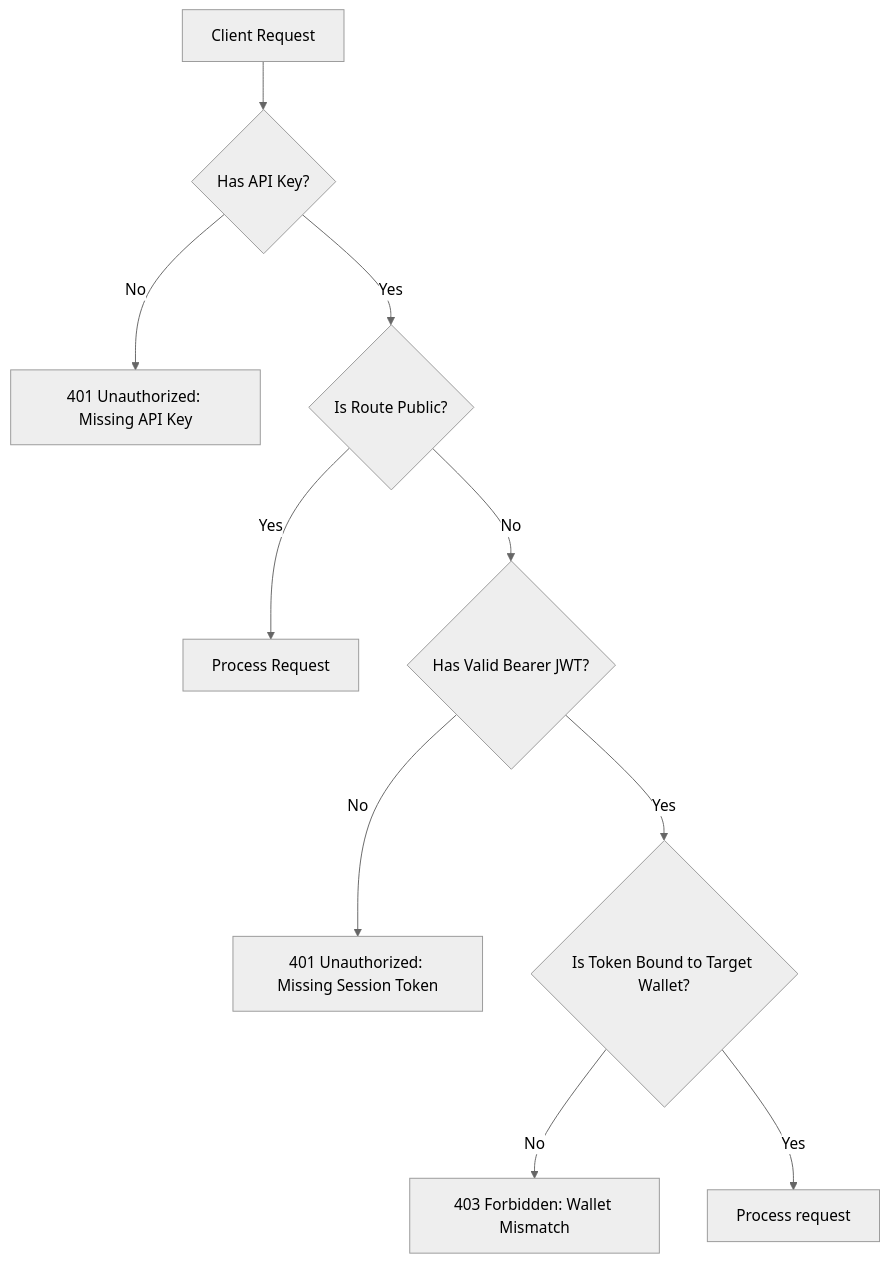
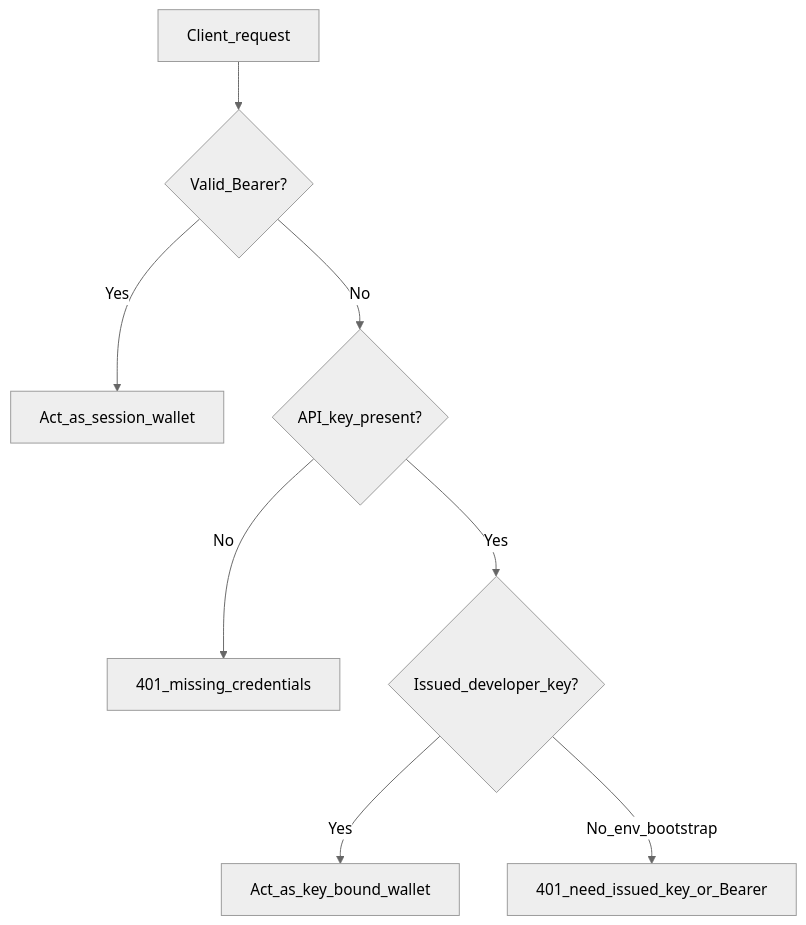
One commit to buildaureon/aureon-sdk changed the first of 2 diagrams in docs/auth.md. Above: the diagram before and after it, drawn with Mermaid (neutral theme). The commit also changed other lines of this file, not shown here.

Commit message:
docs: trim auth reference and tighten session lifecycle coverage

````diff
--- a/docs/auth.md
+++ b/docs/auth.md
@@ -11,12 +11,10 @@
 ```mermaid
 graph TD
-  Request[Client Request] --> KeyCheck{Has API Key?}
-  KeyCheck -->|No| Reject1[401 Unauthorized: Missing API Key]
-  KeyCheck -->|Yes| RouteCheck{Is Route Public?}
-  RouteCheck -->|Yes| Allow[Process Request]
-  RouteCheck -->|No| BearerCheck{Has Valid Bearer JWT?}
-  BearerCheck -->|No| Reject2[401 Unauthorized: Missing Session Token]
-  BearerCheck -->|Yes| ScopeCheck{Is Token Bound to Target Wallet?}
-  ScopeCheck -->|No| Reject3[403 Forbidden: Wallet Mismatch]
-  ScopeCheck -->|Yes| Process[Process request]
+  Request[Client_request] --> BearerCheck{Valid_Bearer?}
+  BearerCheck -->|Yes| Process[Act_as_session_wallet]
+  BearerCheck -->|No| KeyCheck{API_key_present?}
+  KeyCheck -->|No| Reject1[401_missing_credentials]
+  KeyCheck -->|Yes| IssuedCheck{Issued_developer_key?}
+  IssuedCheck -->|Yes| ProcessKey[Act_as_key_bound_wallet]
+  IssuedCheck -->|No_env_bootstrap| Reject2[401_need_issued_key_or_Bearer]
 ```
````
